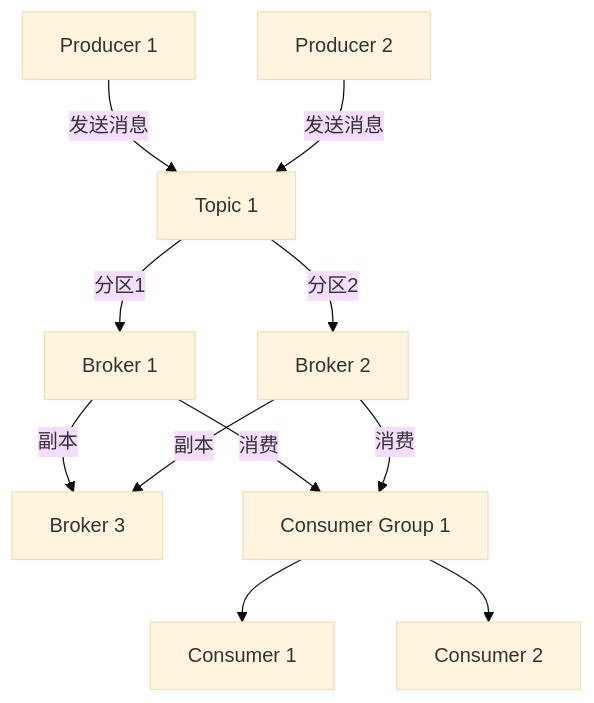
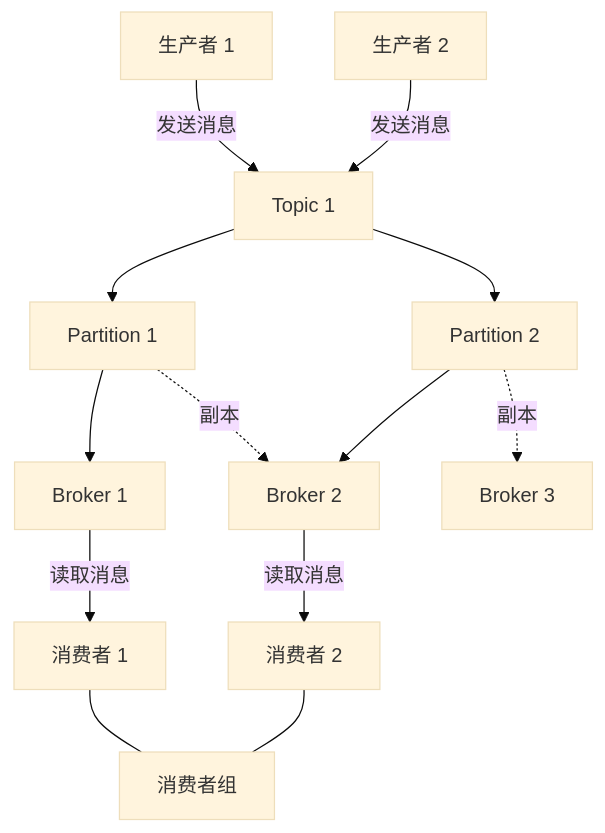
One commit to Tender-Liu/LinuxDevOps changed the first of 3 diagrams in 缓存与消息队列/Kafka企业级实践：从单机优化到分布式架构.md. Above: the diagram before and after it, drawn with Mermaid (base theme). The commit also changed other lines of this file and 3 other files, not shown here.

````diff
--- a/缓存与消息队列/Kafka企业级实践：从单机优化到分布式架构.md
+++ b/缓存与消息队列/Kafka企业级实践：从单机优化到分布式架构.md
@@ -41,13 +125,15 @@
-```mermaid
-graph TD
-    P1[Producer 1] -->|发送消息| T1[Topic 1]
-    P2[Producer 2] -->|发送消息| T1
-    T1 -->|分区1| B1[Broker 1]
-    T1 -->|分区2| B2[Broker 2]
-    B1 -->|副本| B3[Broker 3]
-    B2 -->|副本| B3
-    B1 -->|消费| CG1[Consumer Group 1]
-    B2 -->|消费| CG1
-    CG1 --> C1[Consumer 1]
-    CG1 --> C2[Consumer 2]
-```
+  ```mermaid
+  graph TD
+      P1[生产者 1] -->|发送消息| T1[Topic 1]
+      P2[生产者 2] -->|发送消息| T1
+      T1 --> P1_1[Partition 1]
+      T1 --> P1_2[Partition 2]
+      P1_1 --> B1[Broker 1]
+      P1_1 -.->|副本| B2[Broker 2]
+      P1_2 --> B2
+      P1_2 -.->|副本| B3[Broker 3]
+      B1 -->|读取消息| C1[消费者 1]
+      B2 -->|读取消息| C2[消费者 2]
+      C1 --- CG[消费者组]
+      C2 --- CG
+  ```
````
